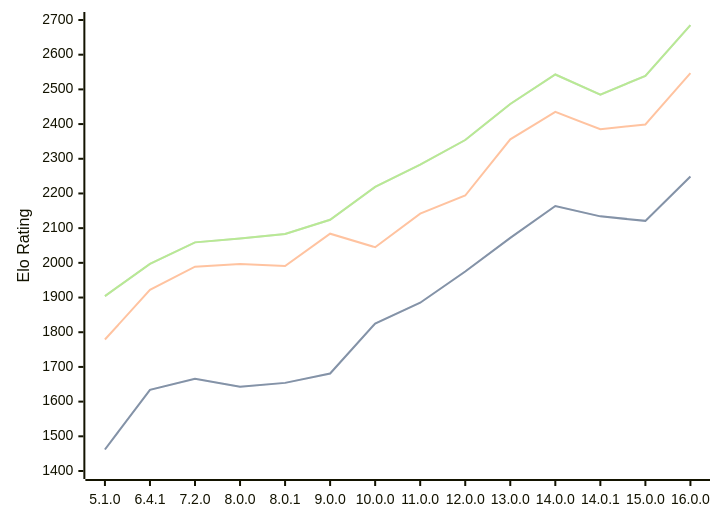
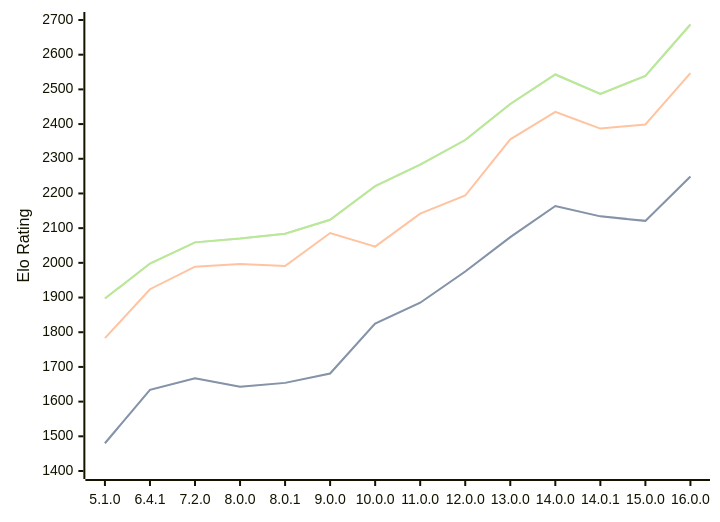
The diagram in engines/Cepimetheus.md (computer-chess-index/cci), drawn with Mermaid before and after one commit. The commit also changed other lines of this file, not shown here.

Commit message:
Update CCI Ratings (ELO VLTC) - 2026-09-07

````diff
--- a/engines/Cepimetheus.md
+++ b/engines/Cepimetheus.md
@@ -67,11 +67,11 @@
 ```mermaid
 %%{init: {"theme":"base","themeVariables":{"seriesColors:['#a3a3a3','#222221','#faa371']}}}%%
 xychart-beta
   x-axis ["5.1.0", "6.4.1", "7.2.0", "8.0.0", "8.0.1", "9.0.0", "10.0.0", "11.0.0", "12.0.0", "13.0.0", "14.0.0", "14.0.1", "15.0.0", "16.0.0"]
   y-axis "Elo Rating" 1400 --> 2700
-  line "" [1462, 1634, 1666, 1643, 1654, 1681, 1825, 1885, 1975, 2072, 2164, 2134, 2121, 2249]
-  line "STC (8.0+0.08s)" [1462, 1634, 1666, 1643, 1654, 1681, 1825, 1885, 1975, 2072, 2164, 2134, 2121, 2249]
-  line "LTC (60.0+0.60s)" [1779, 1922, 1989, 1997, 1991, 2084, 2045, 2142, 2194, 2356, 2435, 2385, 2399, 2547]
-  line "" [1904, 1997, 2059, 2070, 2083, 2124, 2219, 2283, 2354, 2458, 2543, 2485, 2539, 2685]
-  line "VLTC (2m24s+1.12s)" [1904, 1997, 2059, 2070, 2083, 2124, 2219, 2283, 2354, 2458, 2543, 2485, 2539, 2685]
+  line "" [1480, 1634, 1667, 1643, 1654, 1681, 1825, 1885, 1975, 2074, 2164, 2134, 2121, 2249]
+  line "STC (8.0+0.08s)" [1480, 1634, 1667, 1643, 1654, 1681, 1825, 1885, 1975, 2074, 2164, 2134, 2121, 2249]
+  line "LTC (60.0+0.60s)" [1783, 1924, 1989, 1997, 1991, 2086, 2047, 2142, 2194, 2356, 2435, 2387, 2399, 2547]
+  line "" [1897, 1998, 2059, 2070, 2084, 2124, 2221, 2283, 2354, 2458, 2543, 2487, 2539, 2687]
+  line "VLTC (2m24s+1.12s)" [1897, 1998, 2059, 2070, 2084, 2124, 2221, 2283, 2354, 2458, 2543, 2487, 2539, 2687]
 ```
````
